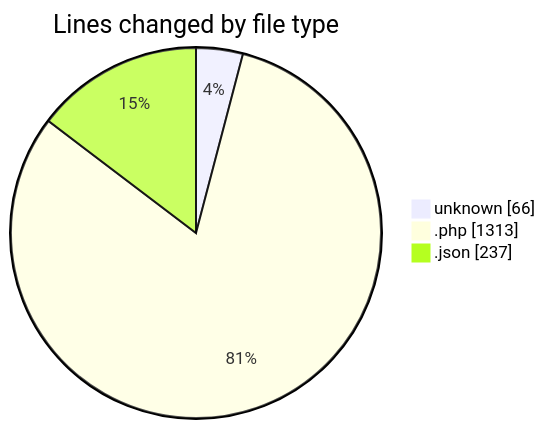
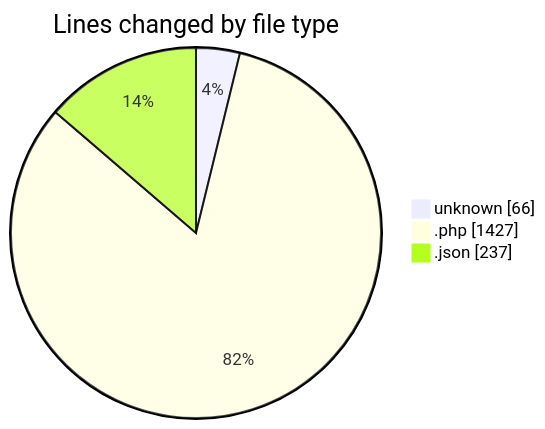
The first of 2 diagrams in 2025-05-27/studio-backend/README.md (idhammustaqopulfikri/code-tracking), drawn with Mermaid before and after one commit. The commit also changed other lines of this file and 1 other file, not shown here.

````diff
--- a/2025-05-27/studio-backend/README.md
+++ b/2025-05-27/studio-backend/README.md
@@ -40,7 +43,7 @@
 ```mermaid
 pie showData
 title Lines changed by file type
 "unknown" : 66
-".php" : 1313
+".php" : 1427
 ".json" : 237
 ```
````
